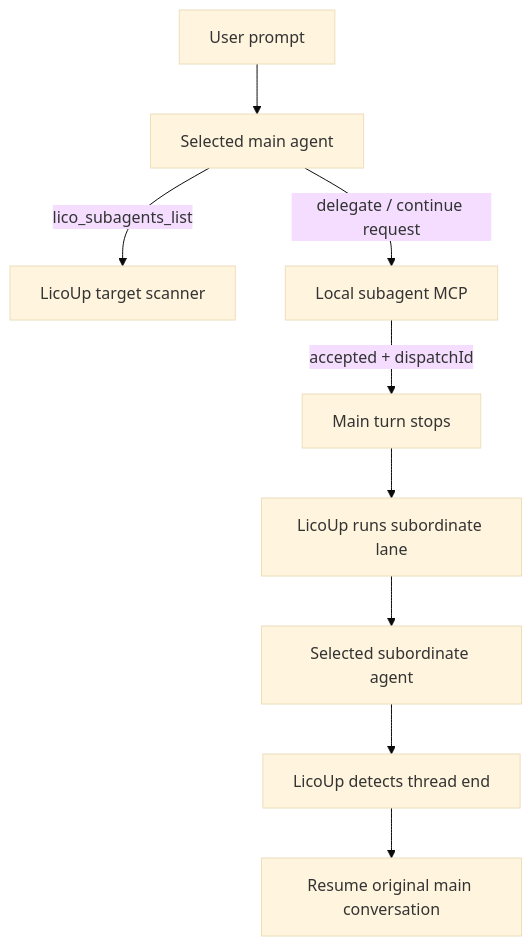
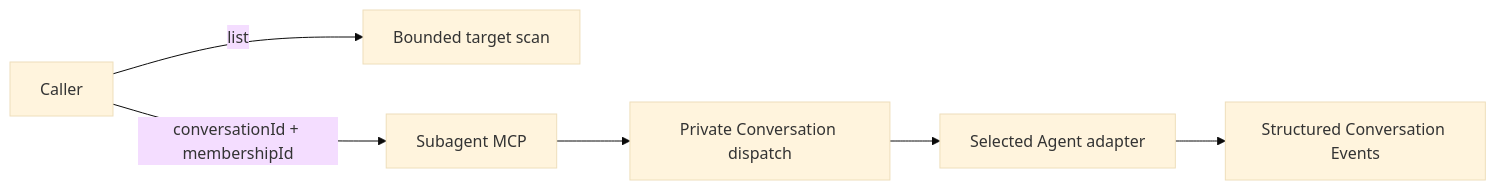
Before and after one commit to LicoLand/LicoUp: the diagram in docs/protocols/subagent-mcp.md, drawn with Mermaid (base theme). The commit also changed other lines of this file and 132 other files, not shown here.

````diff
--- a/docs/protocols/subagent-mcp.md
+++ b/docs/protocols/subagent-mcp.md
@@ -34,11 +17,8 @@
 ```mermaid
-flowchart TD
-  U["User prompt"] --> M["Selected main agent"]
-  M -->|"lico_subagents_list"| S["LicoUp target scanner"]
-  M -->|"delegate / continue request"| P["Local subagent MCP"]
-  P -->|"accepted + dispatchId"| Stop["Main turn stops"]
-  Stop --> L["LicoUp runs subordinate lane"]
-  L --> C["Selected subordinate agent"]
-  C --> Detect["LicoUp detects thread end"]
-  Detect --> Resume["Resume original main conversation"]
+flowchart LR
+  C["Caller"] -->|"list"| S["Bounded target scan"]
+  C -->|"conversationId + membershipId"| M["Subagent MCP"]
+  M --> D["Private Conversation dispatch"]
+  D --> A["Selected Agent adapter"]
+  A --> E["Structured Conversation Events"]
 ```
````
